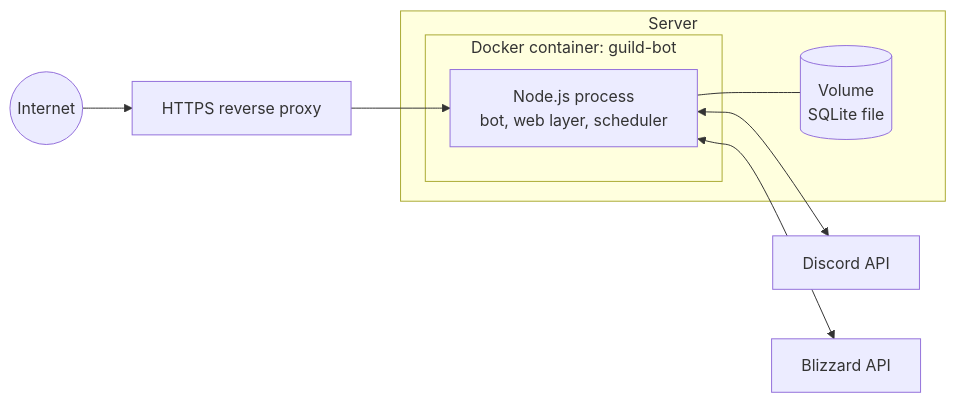
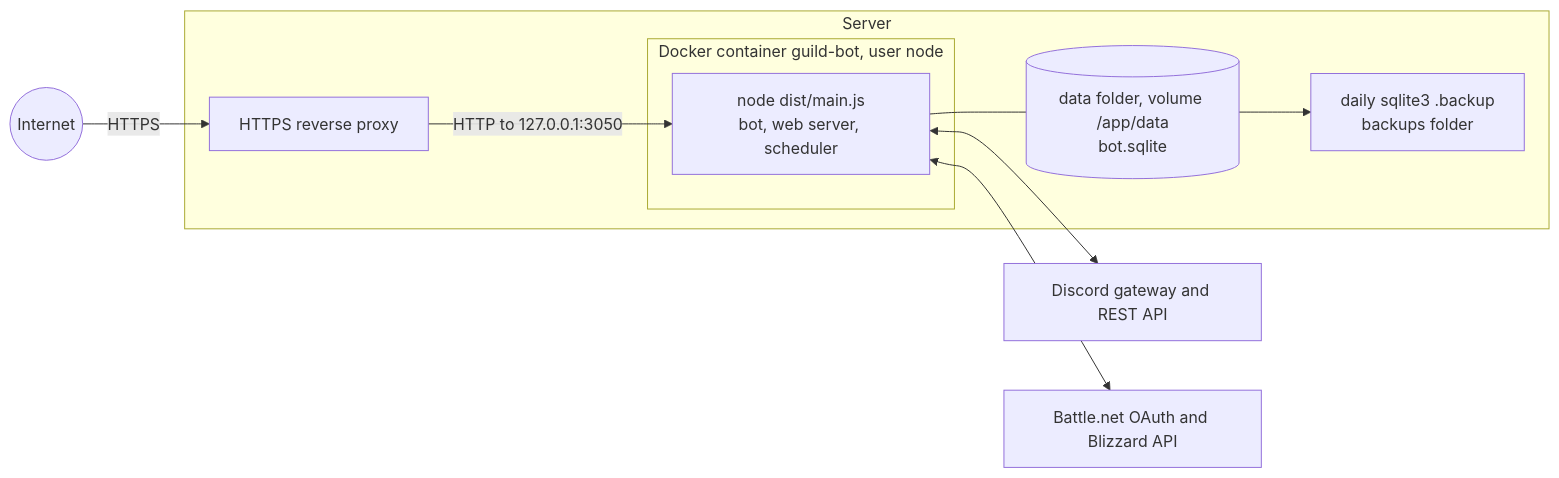
Before and after one commit to brookflok/dungeon-raid-discord-bot: the seventh of 7 diagrams in docs/architecture/arc42.md, drawn with Mermaid. The commit also changed other lines of this file and 16 other files, not shown here.

````diff
--- a/docs/architecture/arc42.md
+++ b/docs/architecture/arc42.md
@@ -282,17 +310,19 @@
 ```mermaid
 flowchart LR
     Internet((Internet))
-    Proxy[HTTPS reverse proxy]
     subgraph Host[Server]
-      subgraph Container[Docker container: guild-bot]
-        App[Node.js process<br/>bot, web layer, scheduler]
+      Proxy[HTTPS reverse proxy]
+      subgraph Container[Docker container guild-bot, user node]
+        App[node dist/main.js<br/>bot, web server, scheduler]
       end
-      Vol[(Volume<br/>SQLite file)]
+      Vol[(data folder, volume /app/data<br/>bot.sqlite)]
+      Backup[daily sqlite3 .backup<br/>backups folder]
     end
-    DiscordAPI[Discord API]
-    Blizz[Blizzard API]
-    Internet --> Proxy --> App
+    DiscordAPI[Discord gateway and REST API]
+    Blizz[Battle.net OAuth and Blizzard API]
+    Internet -- HTTPS --> Proxy -- HTTP to 127.0.0.1:3050 --> App
     App --- Vol
+    Vol --> Backup
     App <--> DiscordAPI
     App <--> Blizz
 ```
````
